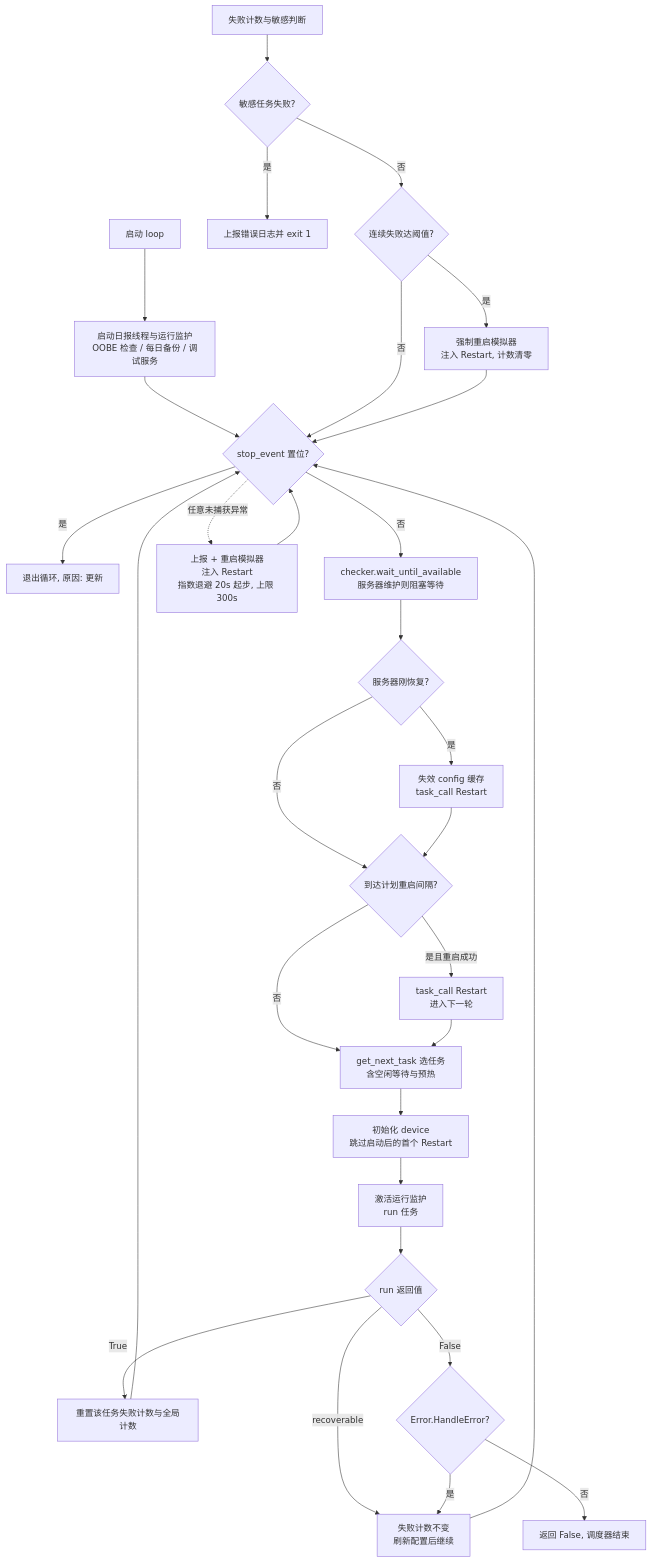
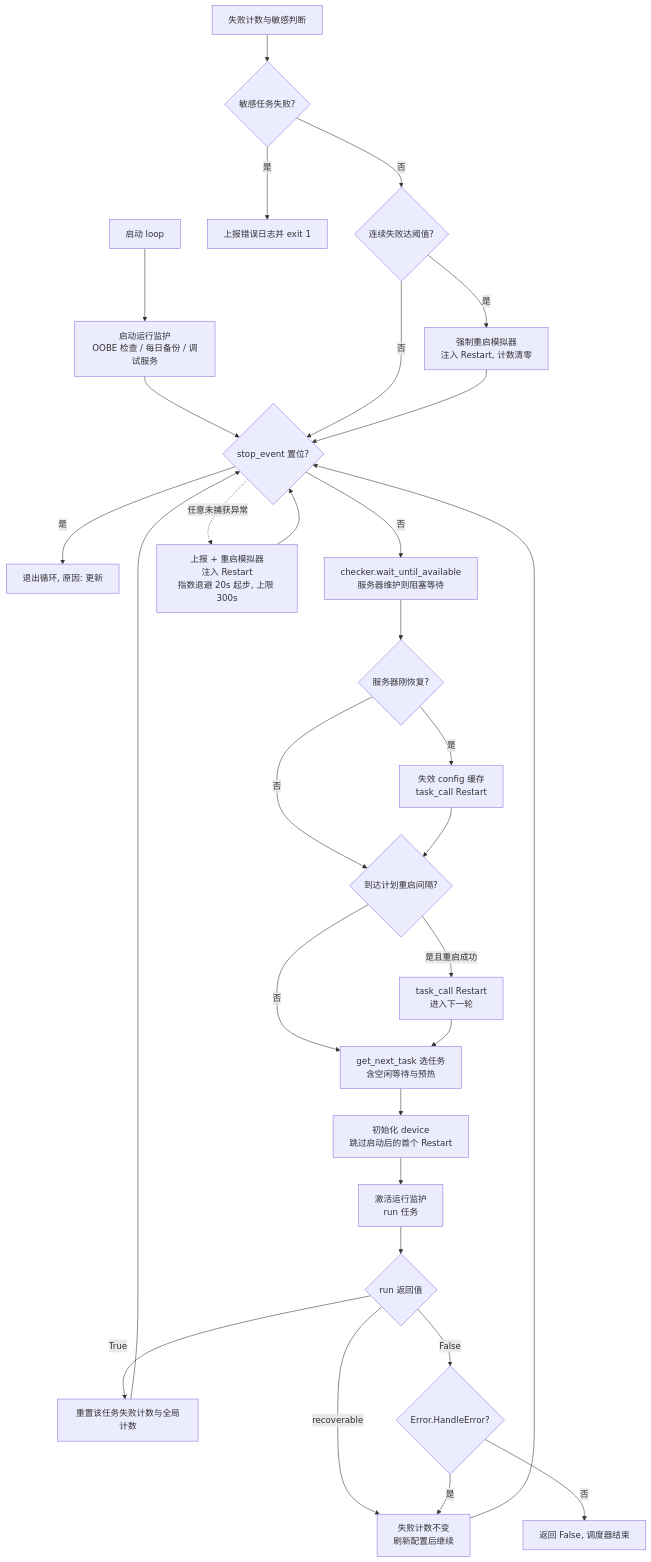
Before and after one commit to NieRMHY/ALAS-NieRMHY: the first of 2 diagrams in docs/modules/entry/alas.md, drawn with Mermaid. The commit also changed other lines of this file and 16 other files, not shown here.

````diff
--- a/docs/modules/entry/alas.md
+++ b/docs/modules/entry/alas.md
@@ -123,32 +121,32 @@
 ```mermaid
 flowchart TD
-    A[启动 loop] --> B[启动日报线程与运行监护<br>OOBE 检查 / 每日备份 / 调试服务]
+    A[启动 loop] --> B[启动运行监护<br>OOBE 检查 / 每日备份 / 调试服务]
     B --> C{stop_event 置位?}
     C -- 是 --> Z[退出循环, 原因: 更新]
     C -- 否 --> D[checker.wait_until_available<br>服务器维护则阻塞等待]
     D --> E{服务器刚恢复?}
     E -- 是 --> E1[失效 config 缓存<br>task_call Restart]
     E -- 否 --> F
     E1 --> F{到达计划重启间隔?}
     F -- 是且重启成功 --> F1[task_call Restart<br>进入下一轮]
     F -- 否 --> G
     F1 --> G[get_next_task 选任务<br>含空闲等待与预热]
     G --> H[初始化 device<br>跳过启动后的首个 Restart]
     H --> I[激活运行监护<br>run 任务]
     I --> J{run 返回值}
     J -- True --> K[重置该任务失败计数与全局计数]
     J -- recoverable --> L[失败计数不变<br>刷新配置后继续]
     J -- False --> M{Error.HandleError?}
     M -- 是 --> L
     M -- 否 --> Z2[返回 False, 调度器结束]
     K --> C
     L --> C
     N[失败计数与敏感判断] --> O{敏感任务失败?}
     O -- 是 --> Z3[上报错误日志并 exit 1]
     O -- 否 --> P{连续失败达阈值?}
     P -- 是 --> P1[强制重启模拟器<br>注入 Restart, 计数清零]
     P -- 否 --> C
     P1 --> C
     C -. 任意未捕获异常 .-> Q[上报 + 重启模拟器<br>注入 Restart<br>指数退避 20s 起步, 上限 300s]
     Q --> C
 ```
````
